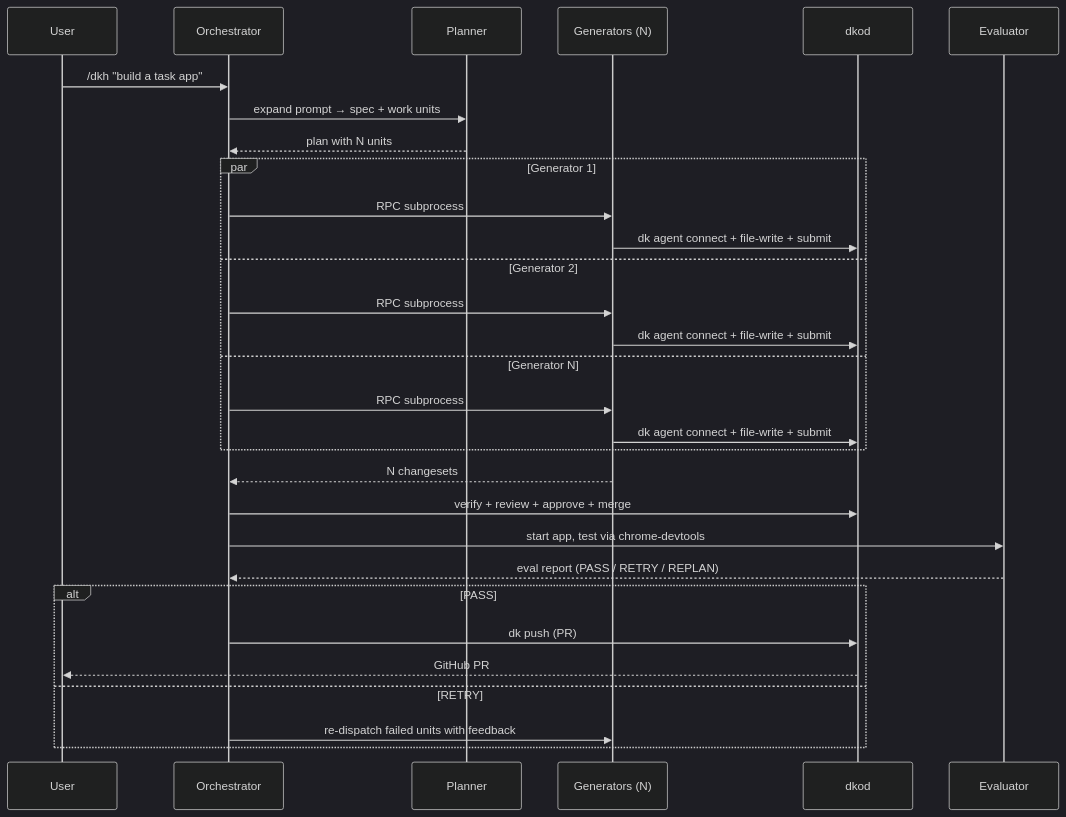
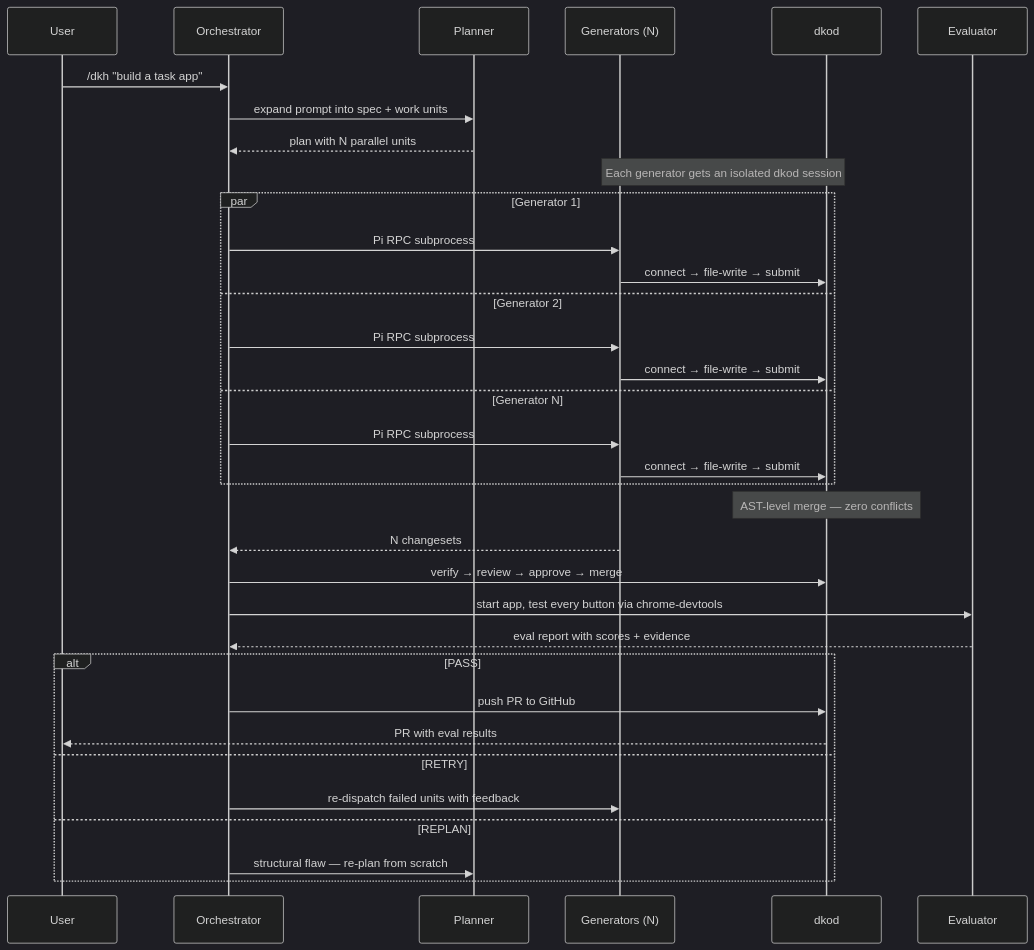
Before and after one commit to dkod-io/pi-extension: the diagram in README.md, drawn with Mermaid. The commit also changed other lines of this file, not shown here.

Commit message:
Improve README: explain Git bottleneck, AST merge, multi-agent zero-conflict story

````diff
--- a/README.md
+++ b/README.md
@@ -132,38 +147,44 @@
 ```mermaid
 %%{init: {'theme': 'dark', 'themeVariables': { 'primaryColor': '#06b6d4', 'primaryTextColor': '#f0f0f3', 'lineColor': '#06b6d4' }}}%%
 sequenceDiagram
     participant U as User
     participant O as Orchestrator
     participant P as Planner
     participant G as Generators (N)
     participant D as dkod
     participant E as Evaluator
 
     U->>O: /dkh "build a task app"
-    O->>P: expand prompt → spec + work units
-    P-->>O: plan with N units
+    O->>P: expand prompt into spec + work units
+    P-->>O: plan with N parallel units
+
+    Note over G,D: Each generator gets an isolated dkod session
 
     par Generator 1
-        O->>G: RPC subprocess
-        G->>D: dk agent connect + file-write + submit
+        O->>G: Pi RPC subprocess
+        G->>D: connect → file-write → submit
     and Generator 2
-        O->>G: RPC subprocess
-        G->>D: dk agent connect + file-write + submit
+        O->>G: Pi RPC subprocess
+        G->>D: connect → file-write → submit
     and Generator N
-        O->>G: RPC subprocess
-        G->>D: dk agent connect + file-write + submit
+        O->>G: Pi RPC subprocess
+        G->>D: connect → file-write → submit
     end
 
+    Note over D: AST-level merge — zero conflicts
+
     G-->>O: N changesets
-    O->>D: verify + review + approve + merge
+    O->>D: verify → review → approve → merge
 
-    O->>E: start app, test via chrome-devtools
-    E-->>O: eval report (PASS / RETRY / REPLAN)
+    O->>E: start app, test every button via chrome-devtools
+    E-->>O: eval report with scores + evidence
 
     alt PASS
-        O->>D: dk push (PR)
-        D-->>U: GitHub PR
+        O->>D: push PR to GitHub
+        D-->>U: PR with eval results
     else RETRY
         O->>G: re-dispatch failed units with feedback
+    else REPLAN
+        O->>P: structural flaw — re-plan from scratch
     end
 ```
````
